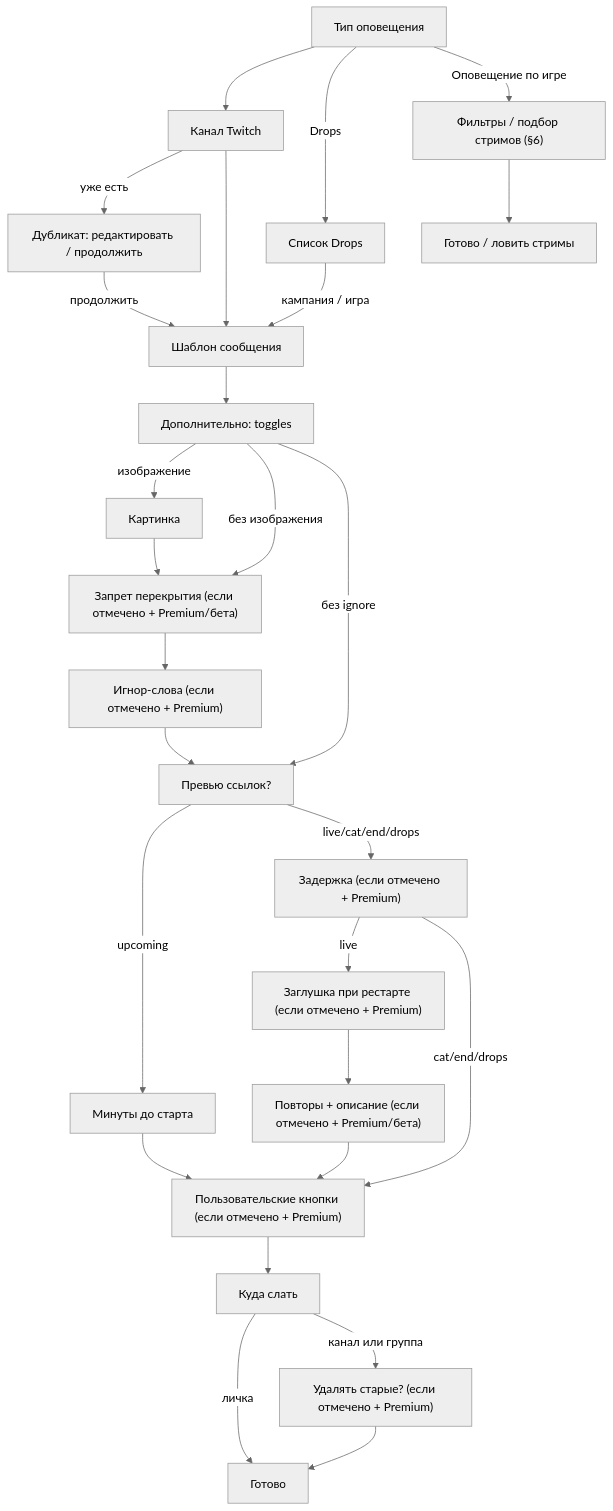
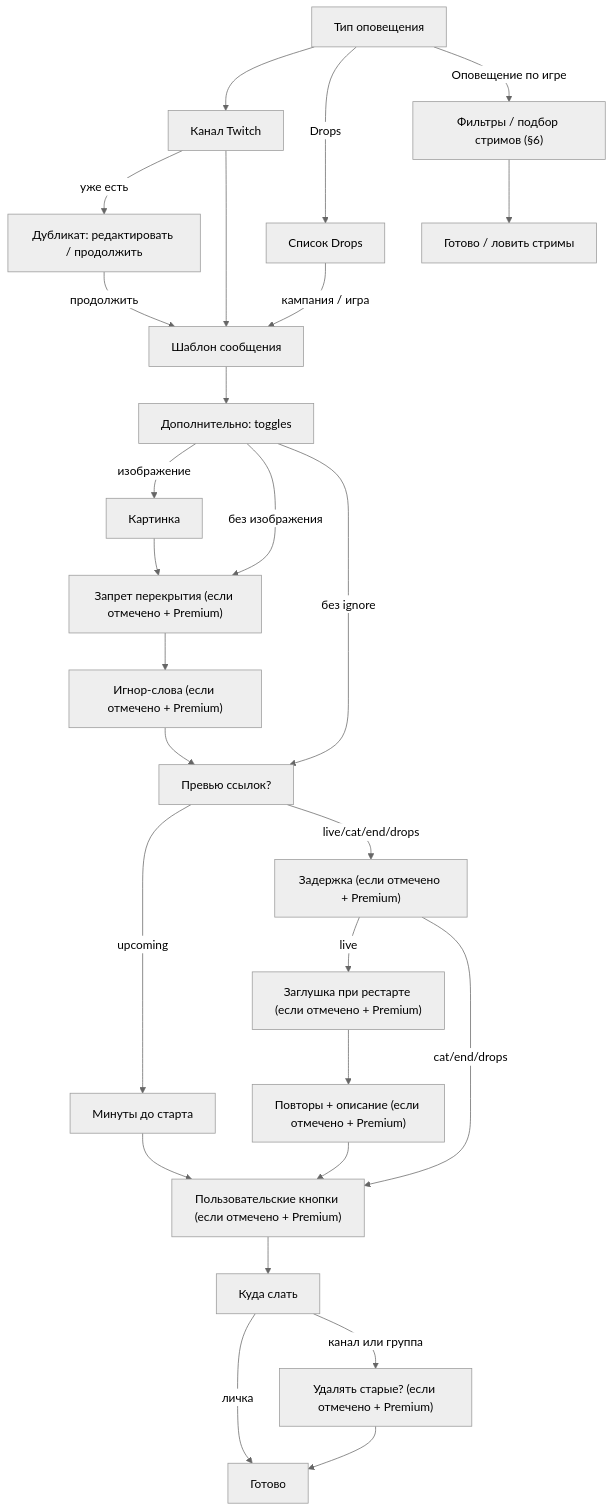
Before and after one commit to Marfa/twitch-telegram-bot: the second of 3 diagrams in docs/user-flow-map.ru.md, drawn with Mermaid (neutral theme). The commit also changed other lines of this file and 7 other files, not shown here.

````diff
--- a/docs/user-flow-map.ru.md
+++ b/docs/user-flow-map.ru.md
@@ -119,29 +119,29 @@
 ```mermaid
 flowchart TD
-  AT["Тип оповещения"] --> CH["Канал Twitch"]
-  AT -->|Drops| CAT["Список Drops"]
-  AT -->|Оповещение по игре| WAT["Фильтры / подбор стримов (§6)"]
-  CH -->|уже есть| DUP["Дубликат: редактировать / продолжить"]
-  CH --> TPL["Шаблон сообщения"]
-  CAT -->|кампания / игра| TPL
-  DUP -->|продолжить| TPL
-  TPL --> OPT["Дополнительно: toggles"]
-  OPT -->|изображение| IMG["Картинка"]
-  OPT -->|без изображения| OVL
-  IMG --> OVL["Запрет перекрытия (если отмечено + Premium<!--beta:alert-repeats-overlap-->/бета<!--/beta:alert-repeats-overlap-->)"]
-  OVL --> IGN["Игнор-слова (если отмечено + Premium)"]
-  IGN --> LP["Превью ссылок?"]
-  OPT -->|без ignore| LP
-  LP -->|upcoming| SRM["Минуты до старта"]
-  LP -->|live/cat/end/drops| DL["Задержка (если отмечено + Premium)"]
-  DL -->|live| RST["Заглушка при рестарте (если отмечено + Premium)"]
-  RST --> REP["Повторы + описание (если отмечено + Premium<!--beta:alert-repeats-overlap-->/бета<!--/beta:alert-repeats-overlap-->)"]
-  REP --> BTN["Пользовательские кнопки (если отмечено + Premium)"]
-  BTN --> DEST["Куда слать"]
-  SRM --> BTN
-  DL -->|cat/end/drops| BTN
-  DEST -->|личка| DONE["Готово"]
-  DEST -->|канал или группа| DEL["Удалять старые? (если отмечено + Premium)"]
-  DEL --> DONE
-  WAT --> ENDW["Готово / ловить стримы"]
+ AT["Тип оповещения"] --> CH["Канал Twitch"]
+ AT -->|Drops| CAT["Список Drops"]
+ AT -->|Оповещение по игре| WAT["Фильтры / подбор стримов (§6)"]
+ CH -->|уже есть| DUP["Дубликат: редактировать / продолжить"]
+ CH --> TPL["Шаблон сообщения"]
+ CAT -->|кампания / игра| TPL
+ DUP -->|продолжить| TPL
+ TPL --> OPT["Дополнительно: toggles"]
+ OPT -->|изображение| IMG["Картинка"]
+ OPT -->|без изображения| OVL
+ IMG --> OVL["Запрет перекрытия (если отмечено + Premium)"]
+ OVL --> IGN["Игнор-слова (если отмечено + Premium)"]
+ IGN --> LP["Превью ссылок?"]
+ OPT -->|без ignore| LP
+ LP -->|upcoming| SRM["Минуты до старта"]
+ LP -->|live/cat/end/drops| DL["Задержка (если отмечено + Premium)"]
+ DL -->|live| RST["Заглушка при рестарте (если отмечено + Premium)"]
+ RST --> REP["Повторы + описание (если отмечено + Premium)"]
+ REP --> BTN["Пользовательские кнопки (если отмечено + Premium)"]
+ BTN --> DEST["Куда слать"]
+ SRM --> BTN
+ DL -->|cat/end/drops| BTN
+ DEST -->|личка| DONE["Готово"]
+ DEST -->|канал или группа| DEL["Удалять старые? (если отмечено + Premium)"]
+ DEL --> DONE
+ WAT --> ENDW["Готово / ловить стримы"]
 ```
````
